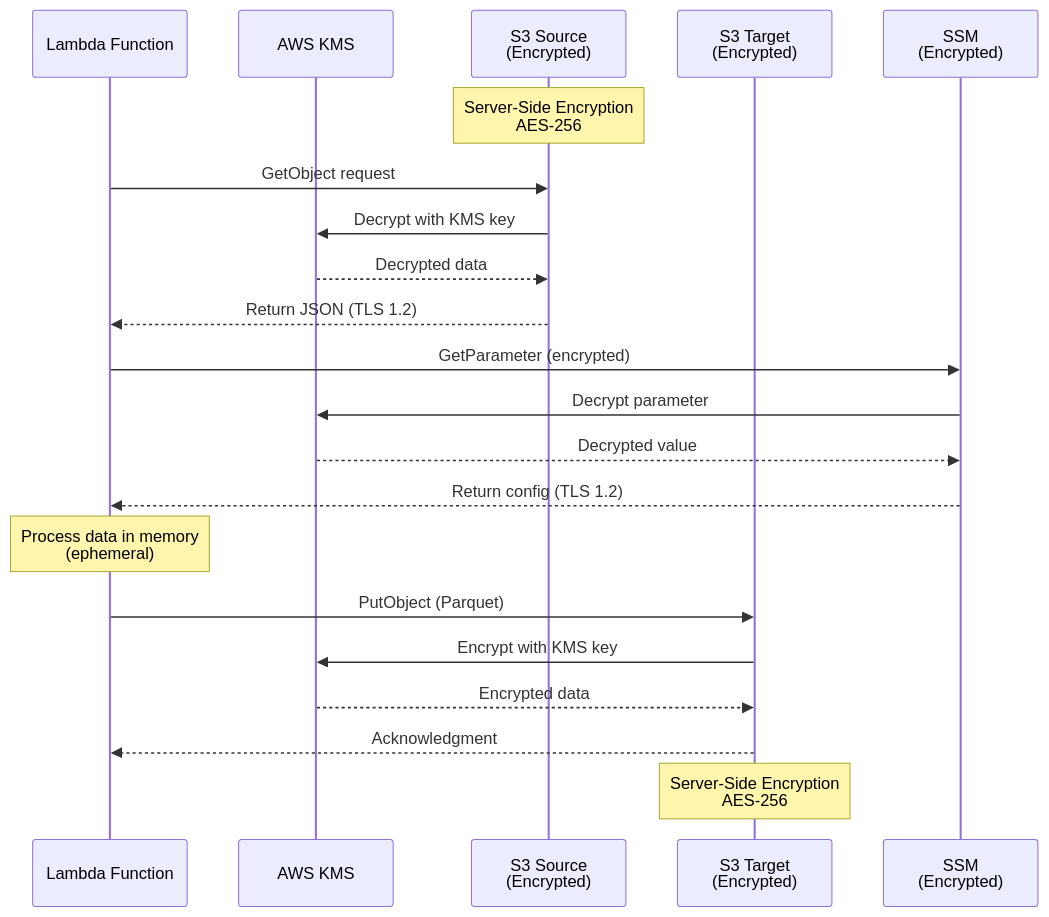
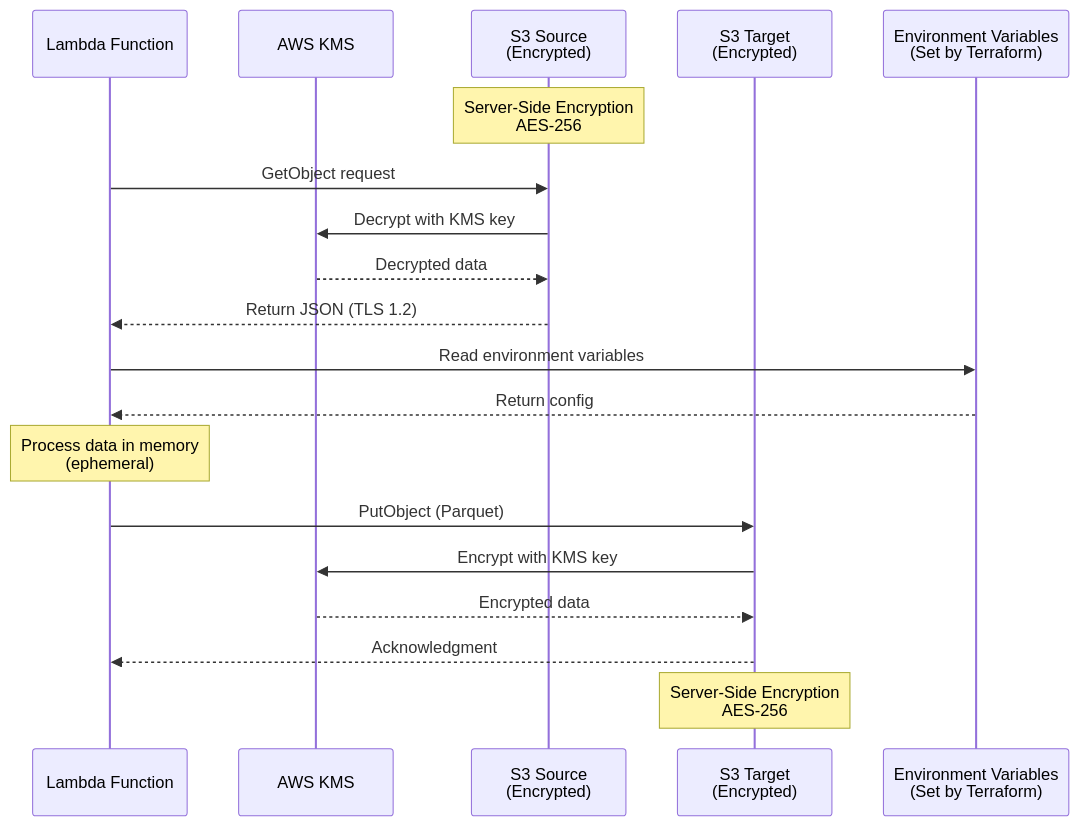
The tenth of 19 diagrams in docs/DIAGRAMS.md (manifullstackdeveloper/aws_s3_parquet_athena_lambda), drawn with Mermaid before and after one commit. The commit also changed other lines of this file and 27 other files, not shown here.

````diff
--- a/docs/DIAGRAMS.md
+++ b/docs/DIAGRAMS.md
@@ -455,29 +453,27 @@
 ```mermaid
 sequenceDiagram
     participant Lambda as Lambda Function
     participant KMS as AWS KMS
     participant S3Source as S3 Source<br/>(Encrypted)
     participant S3Target as S3 Target<br/>(Encrypted)
-    participant SSM as SSM<br/>(Encrypted)
+    participant EnvVars as Environment Variables<br/>(Set by Terraform)
     
     Note over S3Source: Server-Side Encryption<br/>AES-256
     
     Lambda->>S3Source: GetObject request
     S3Source->>KMS: Decrypt with KMS key
     KMS-->>S3Source: Decrypted data
     S3Source-->>Lambda: Return JSON (TLS 1.2)
     
-    Lambda->>SSM: GetParameter (encrypted)
-    SSM->>KMS: Decrypt parameter
-    KMS-->>SSM: Decrypted value
-    SSM-->>Lambda: Return config (TLS 1.2)
+    Lambda->>EnvVars: Read environment variables
+    EnvVars-->>Lambda: Return config
     
     Note over Lambda: Process data in memory<br/>(ephemeral)
     
     Lambda->>S3Target: PutObject (Parquet)
     S3Target->>KMS: Encrypt with KMS key
     KMS-->>S3Target: Encrypted data
     S3Target-->>Lambda: Acknowledgment
     
     Note over S3Target: Server-Side Encryption<br/>AES-256
 ```
````
